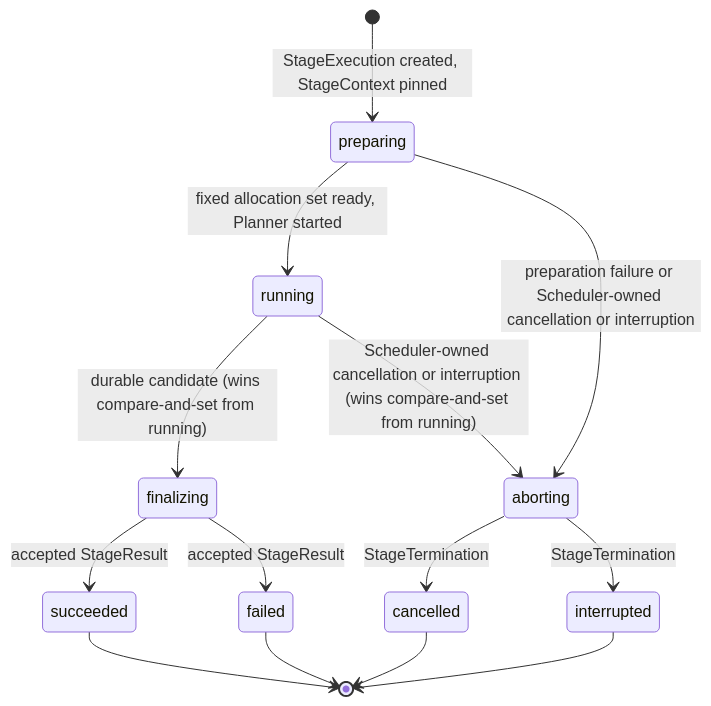
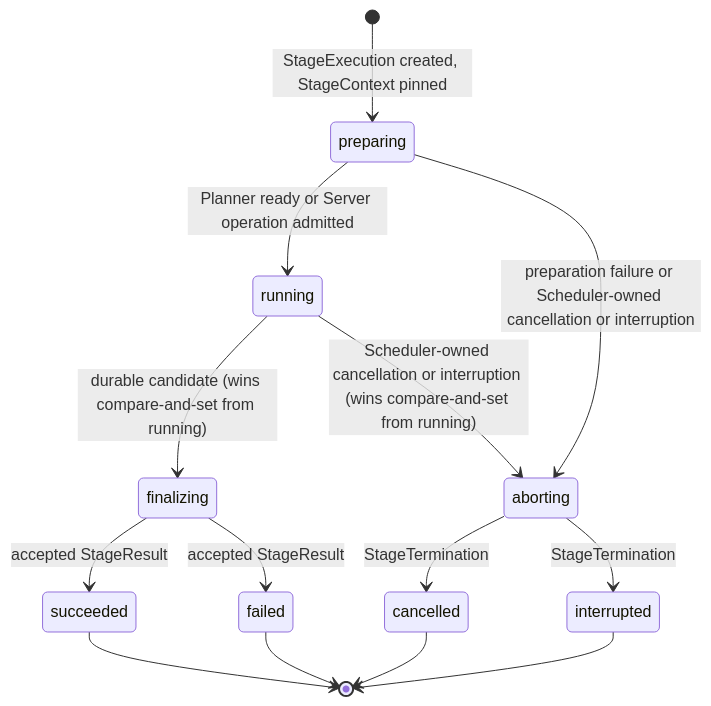
One commit to grauwolf32/contractor changed the first of 3 diagrams in docs/spec/execution/scheduler.md. Above: the diagram before and after it, drawn with Mermaid. The commit also changed other lines of this file and 154 other files, not shown here.

First line of the commit message:
feat(sitemap): join OpenAPI through server operation stages

````diff
--- a/docs/spec/execution/scheduler.md
+++ b/docs/spec/execution/scheduler.md
@@ -89,16 +89,16 @@
 ```mermaid
 stateDiagram-v2
     [*] --> preparing: StageExecution created, StageContext pinned
-    preparing --> running: fixed allocation set ready, Planner started
+    preparing --> running: Planner ready or Server operation admitted
     preparing --> aborting: preparation failure or Scheduler-owned cancellation or interruption
     running --> finalizing: durable candidate (wins compare-and-set from running)
     running --> aborting: Scheduler-owned cancellation or interruption (wins compare-and-set from running)
     finalizing --> succeeded: accepted StageResult
     finalizing --> failed: accepted StageResult
     aborting --> cancelled: StageTermination
     aborting --> interrupted: StageTermination
     succeeded --> [*]
     failed --> [*]
     cancelled --> [*]
     interrupted --> [*]
 ```
````
